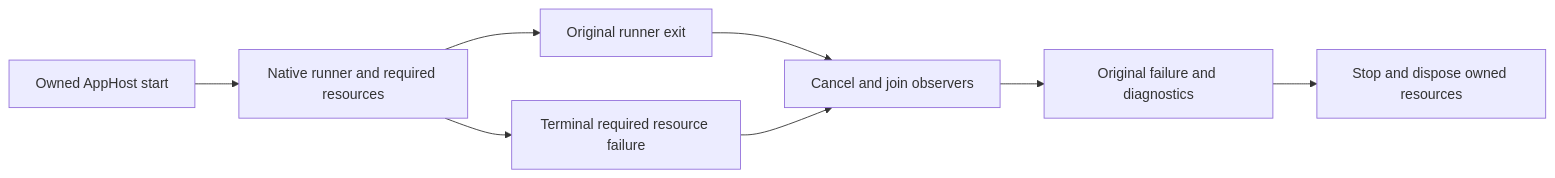
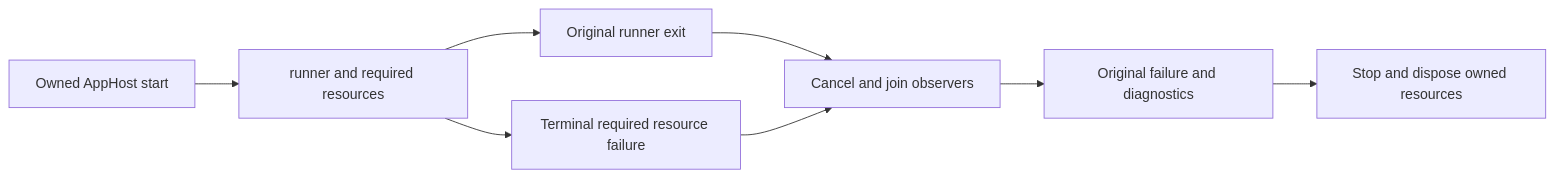
Before and after one commit to managedcode/KeyLoad: the diagram in docs/ADR/ADR-086-aspire-terminal-failure.md, drawn with Mermaid. The commit also changed other lines of this file and 9016 other files, not shown here.

````diff
--- a/docs/ADR/ADR-086-aspire-terminal-failure.md
+++ b/docs/ADR/ADR-086-aspire-terminal-failure.md
@@ -45,10 +45,10 @@
 ```mermaid
 flowchart LR
-    Start[Owned AppHost start] --> Race[Native runner and required resources]
+    Start[Owned AppHost start] --> Race[runner and required resources]
     Race --> Exit[Original runner exit]
     Race --> Failure[Terminal required resource failure]
     Exit --> Join[Cancel and join observers]
     Failure --> Join
     Join --> Evidence[Original failure and diagnostics]
     Evidence --> Cleanup[Stop and dispose owned resources]
 ```
````
